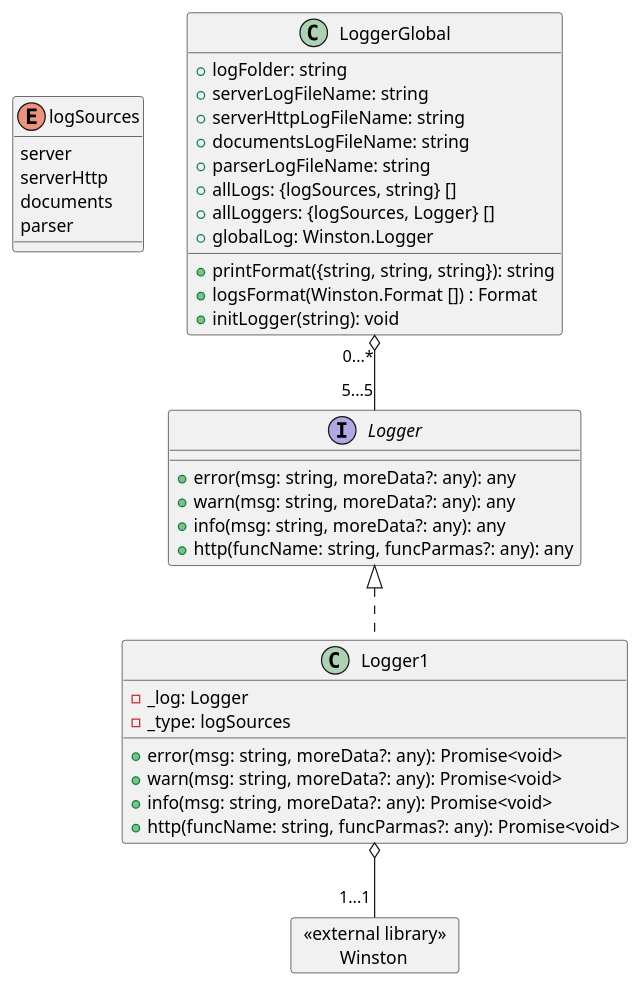
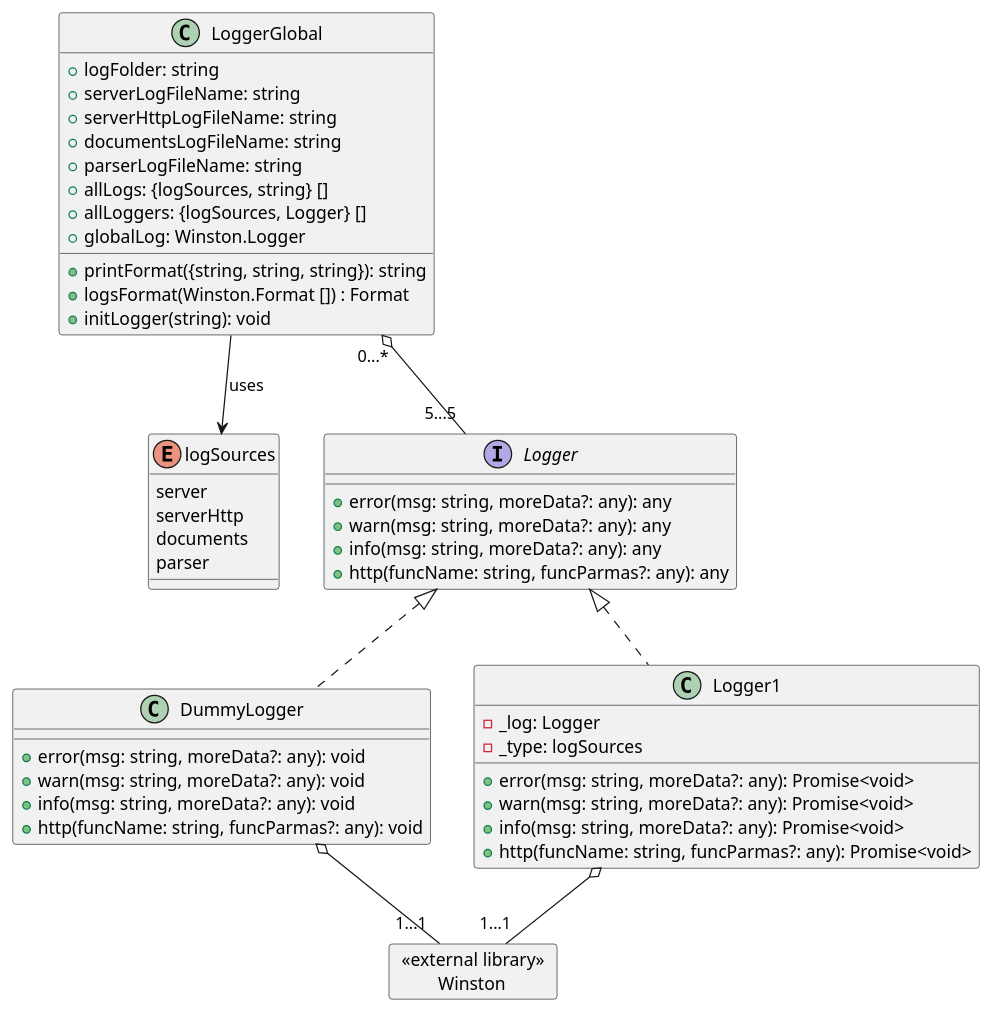
One commit to wolfj123/PolicyModelsPlugin changed the diagram in diagrams/server/LoggerClassDiagram.puml. Above: the diagram before and after it, drawn with PlantUML. The commit also changed 2 other files, not shown here.

Commit message:
update diagrams

```diff
--- a/diagrams/server/LoggerClassDiagram.puml
+++ b/diagrams/server/LoggerClassDiagram.puml
@@ -1,47 +1,58 @@
 @startuml
 enum logSources {
     server
     serverHttp
     documents
     parser
 }
 
 card ext [
     <<external library>>
     \tWinston
 ]
 
 interface Logger {
     +error(msg: string, moreData?: any): any
     +warn(msg: string, moreData?: any): any
     +info(msg: string, moreData?: any): any
     +http(funcName: string, funcParmas?: any): any
 }
+
+class DummyLogger implements Logger {
+    +error(msg: string, moreData?: any): void
+    +warn(msg: string, moreData?: any): void
+    +info(msg: string, moreData?: any): void
+    +http(funcName: string, funcParmas?: any): void
+}
+
 class Logger1 implements Logger {
     -_log: Logger
     -_type: logSources
     +error(msg: string, moreData?: any): Promise<void>
     +warn(msg: string, moreData?: any): Promise<void>
     +info(msg: string, moreData?: any): Promise<void>
     +http(funcName: string, funcParmas?: any): Promise<void>
 }
 
 class LoggerGlobal{
     +logFolder: string
     +serverLogFileName: string
     +serverHttpLogFileName: string
     +documentsLogFileName: string
     +parserLogFileName: string
     +allLogs: {logSources, string} []
     +allLoggers: {logSources, Logger} []
     +globalLog: Winston.Logger
     +printFormat({string, string, string}): string
     +logsFormat(Winston.Format []) : Format
     +initLogger(string): void
 }
 
 Logger1 o-- "1...1" ext
+DummyLogger o-- "1...1" ext
 
 LoggerGlobal "0...*" o-- "5...5" Logger
+LoggerGlobal --> logSources : uses
+
 
 @enduml
```
